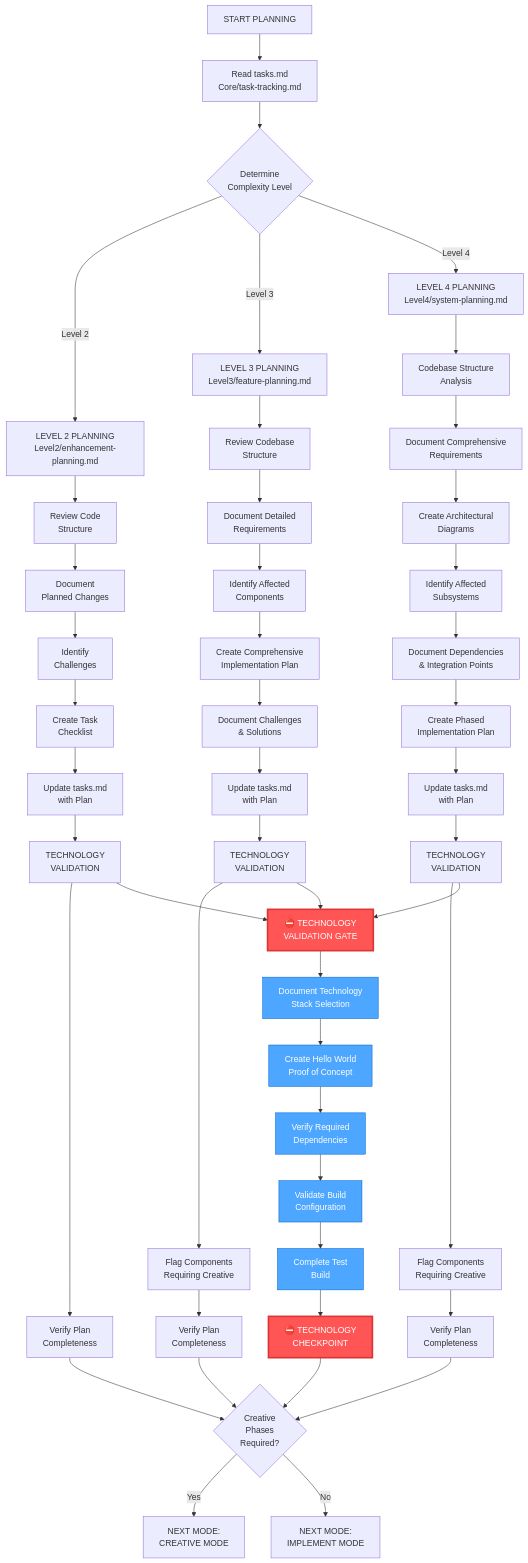
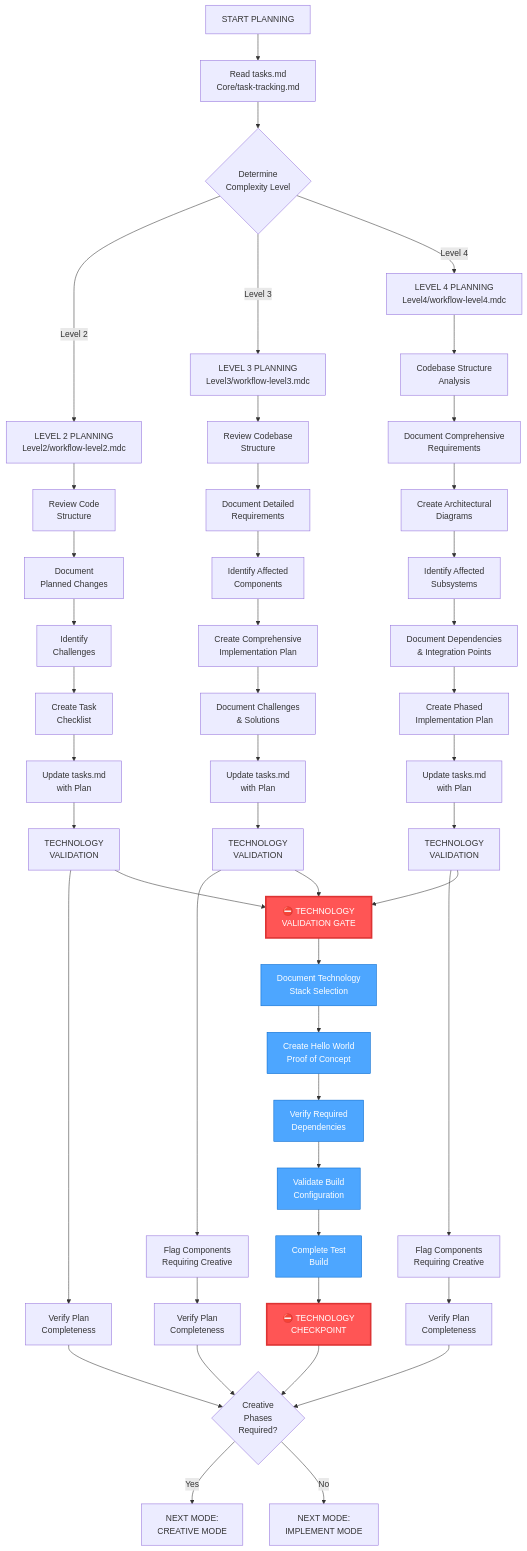
The first of 5 diagrams in .cursor/rules/isolation_rules/visual-maps/plan-mode-map.mdc (vedmalex/b-plus-tree), drawn with Mermaid before and after one commit. The commit also changed other lines of this file and 53 other files, not shown here.

````diff
--- a/.cursor/rules/isolation_rules/visual-maps/plan-mode-map.mdc
+++ b/.cursor/rules/isolation_rules/visual-maps/plan-mode-map.mdc
@@ -13,67 +13,67 @@
 ```mermaid
 graph TD
     Start["START PLANNING"] --> ReadTasks["Read tasks.md<br>Core/task-tracking.md"]
-    
+
     %% Complexity Level Determination
     ReadTasks --> CheckLevel{"Determine<br>Complexity Level"}
-    CheckLevel -->|"Level 2"| Level2["LEVEL 2 PLANNING<br>Level2/enhancement-planning.md"]
-    CheckLevel -->|"Level 3"| Level3["LEVEL 3 PLANNING<br>Level3/feature-planning.md"]
-    CheckLevel -->|"Level 4"| Level4["LEVEL 4 PLANNING<br>Level4/system-planning.md"]
-    
+    CheckLevel -->|"Level 2"| Level2["LEVEL 2 PLANNING<br>Level2/workflow-level2.mdc"]
+    CheckLevel -->|"Level 3"| Level3["LEVEL 3 PLANNING<br>Level3/workflow-level3.mdc"]
+    CheckLevel -->|"Level 4"| Level4["LEVEL 4 PLANNING<br>Level4/workflow-level4.mdc"]
+
     %% Level 2 Planning
     Level2 --> L2Review["Review Code<br>Structure"]
     L2Review --> L2Document["Document<br>Planned Changes"]
     L2Document --> L2Challenges["Identify<br>Challenges"]
     L2Challenges --> L2Checklist["Create Task<br>Checklist"]
     L2Checklist --> L2Update["Update tasks.md<br>with Plan"]
     L2Update --> L2Tech["TECHNOLOGY<br>VALIDATION"]
     L2Tech --> L2Verify["Verify Plan<br>Completeness"]
-    
+
     %% Level 3 Planning
     Level3 --> L3Review["Review Codebase<br>Structure"]
     L3Review --> L3Requirements["Document Detailed<br>Requirements"]
     L3Requirements --> L3Components["Identify Affected<br>Components"]
     L3Components --> L3Plan["Create Comprehensive<br>Implementation Plan"]
     L3Plan --> L3Challenges["Document Challenges<br>& Solutions"]
     L3Challenges --> L3Update["Update tasks.md<br>with Plan"]
     L3Update --> L3Tech["TECHNOLOGY<br>VALIDATION"]
     L3Tech --> L3Flag["Flag Components<br>Requiring Creative"]
     L3Flag --> L3Verify["Verify Plan<br>Completeness"]
-    
+
     %% Level 4 Planning
     Level4 --> L4Analysis["Codebase Structure<br>Analysis"]
     L4Analysis --> L4Requirements["Document Comprehensive<br>Requirements"]
     L4Requirements --> L4Diagrams["Create Architectural<br>Diagrams"]
     L4Diagrams --> L4Subsystems["Identify Affected<br>Subsystems"]
     L4Subsystems --> L4Dependencies["Document Dependencies<br>& Integration Points"]
     L4Dependencies --> L4Plan["Create Phased<br>Implementation Plan"]
     L4Plan --> L4Update["Update tasks.md<br>with Plan"]
     L4Update --> L4Tech["TECHNOLOGY<br>VALIDATION"]
     L4Tech --> L4Flag["Flag Components<br>Requiring Creative"]
     L4Flag --> L4Verify["Verify Plan<br>Completeness"]
-    
+
     %% Technology Validation Gate - NEW
     L2Tech & L3Tech & L4Tech --> TechGate["⛔ TECHNOLOGY<br>VALIDATION GATE"]
     TechGate --> TechSelection["Document Technology<br>Stack Selection"]
     TechSelection --> TechHelloWorld["Create Hello World<br>Proof of Concept"]
     TechHelloWorld --> TechDependencies["Verify Required<br>Dependencies"]
     TechDependencies --> TechConfig["Validate Build<br>Configuration"]
     TechConfig --> TechBuild["Complete Test<br>Build"]
     TechBuild --> TechVerify["⛔ TECHNOLOGY<br>CHECKPOINT"]
-    
+
     %% Verification & Completion
     L2Verify & L3Verify & L4Verify & TechVerify --> CheckCreative{"Creative<br>Phases<br>Required?"}
-    
+
     %% Mode Transition
     CheckCreative -->|"Yes"| RecCreative["NEXT MODE:<br>CREATIVE MODE"]
     CheckCreative -->|"No"| RecImplement["NEXT MODE:<br>IMPLEMENT MODE"]
-    
+
     %% Style for Technology Gate
     style TechGate fill:#ff5555,stroke:#dd3333,color:white,stroke-width:3px
     style TechVerify fill:#ff5555,stroke:#dd3333,color:white,stroke-width:3px
     style TechSelection fill:#4da6ff,stroke:#0066cc,color:white
     style TechHelloWorld fill:#4da6ff,stroke:#0066cc,color:white
     style TechDependencies fill:#4da6ff,stroke:#0066cc,color:white
     style TechConfig fill:#4da6ff,stroke:#0066cc,color:white
     style TechBuild fill:#4da6ff,stroke:#0066cc,color:white
 ```
````
